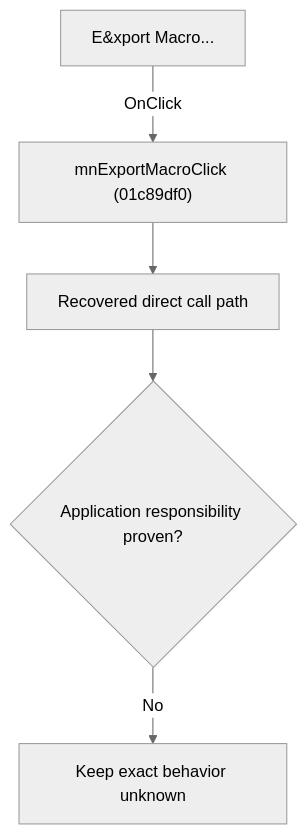
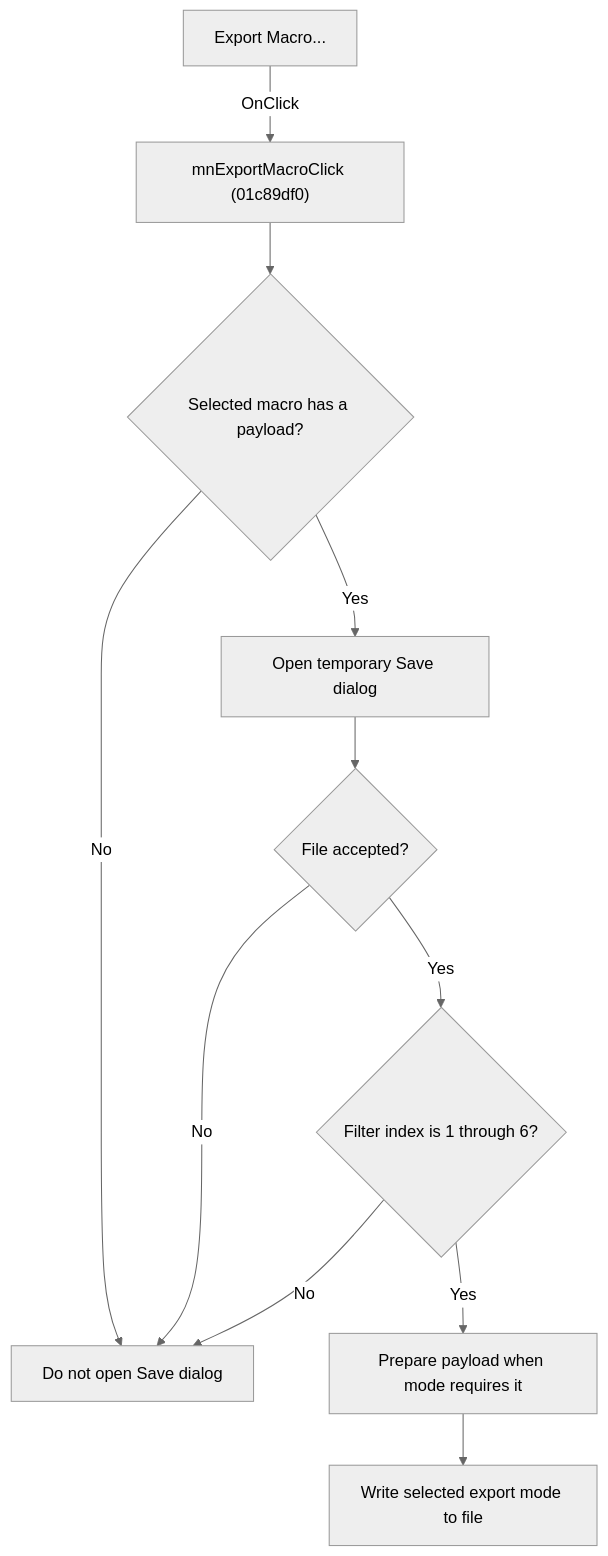
Before and after one commit to MovGP0/TIARA: the diagram in docs/ui-controls/schematiceditor/mnexportmacro-7961e811c3.md, drawn with Mermaid (neutral theme). The commit also changed other lines of this file and 241 other files, not shown here.

````diff
--- a/docs/ui-controls/schematiceditor/mnexportmacro-7961e811c3.md
+++ b/docs/ui-controls/schematiceditor/mnexportmacro-7961e811c3.md
@@ -27,7 +29,13 @@
 ```mermaid
 flowchart TD
-    control["E&xport Macro..."] -->|"OnClick"| handler["mnExportMacroClick (01c89df0)"]
-    handler --> recovered["Recovered direct call path"]
-    recovered --> gap{"Application responsibility proven?"}
-    gap -->|"No"| blocked["Keep exact behavior unknown"]
+    control["Export Macro..."] -->|OnClick| handler["mnExportMacroClick (01c89df0)"]
+    handler --> eligible{"Selected macro has a payload?"}
+    eligible -->|No| stop["Do not open Save dialog"]
+    eligible -->|Yes| save["Open temporary Save dialog"]
+    save --> accepted{"File accepted?"}
+    accepted -->|No| stop
+    accepted -->|Yes| mode{"Filter index is 1 through 6?"}
+    mode -->|No| stop
+    mode -->|Yes| prepare["Prepare payload when mode requires it"]
+    prepare --> write["Write selected export mode to file"]
 ```
````
